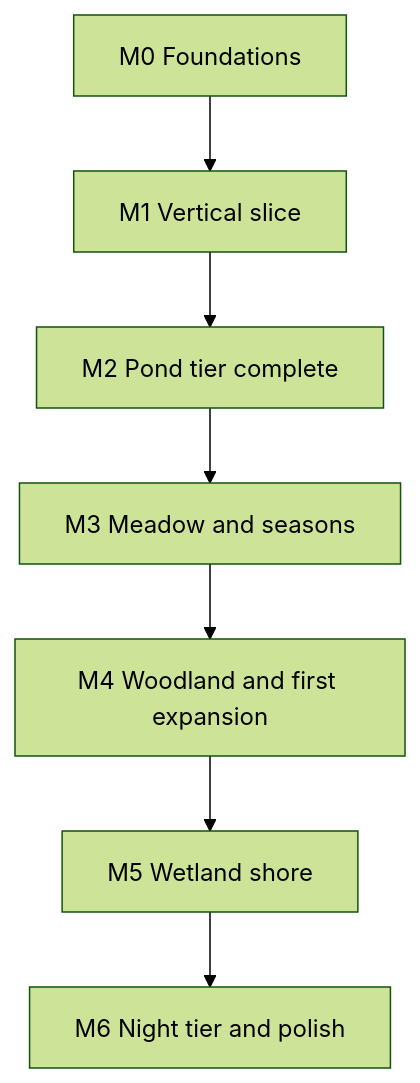
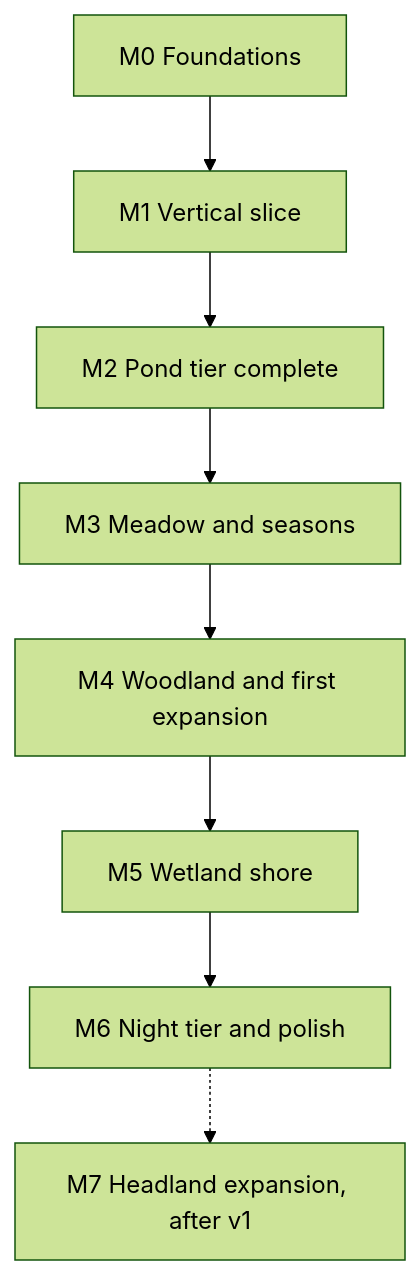
Before and after one commit to mshomper/ebb: the diagram in docs/20-roadmap-and-vertical-slice.md, drawn with Mermaid (forest theme). The commit also changed other lines of this file and 8 other files, not shown here.

First line of the commit message:
Docs: Cliff tool first in M2, cliff field and lichen, Headland expansion after v1

````diff
--- a/docs/20-roadmap-and-vertical-slice.md
+++ b/docs/20-roadmap-and-vertical-slice.md
@@ -15,9 +15,10 @@
 ```mermaid
 flowchart TD
     M0[M0 Foundations] --> M1[M1 Vertical slice]
     M1 --> M2[M2 Pond tier complete]
     M2 --> M3[M3 Meadow and seasons]
     M3 --> M4[M4 Woodland and first expansion]
     M4 --> M5[M5 Wetland shore]
     M5 --> M6[M6 Night tier and polish]
+    M6 -.-> M7[M7 Headland expansion, after v1]
 ```
````
